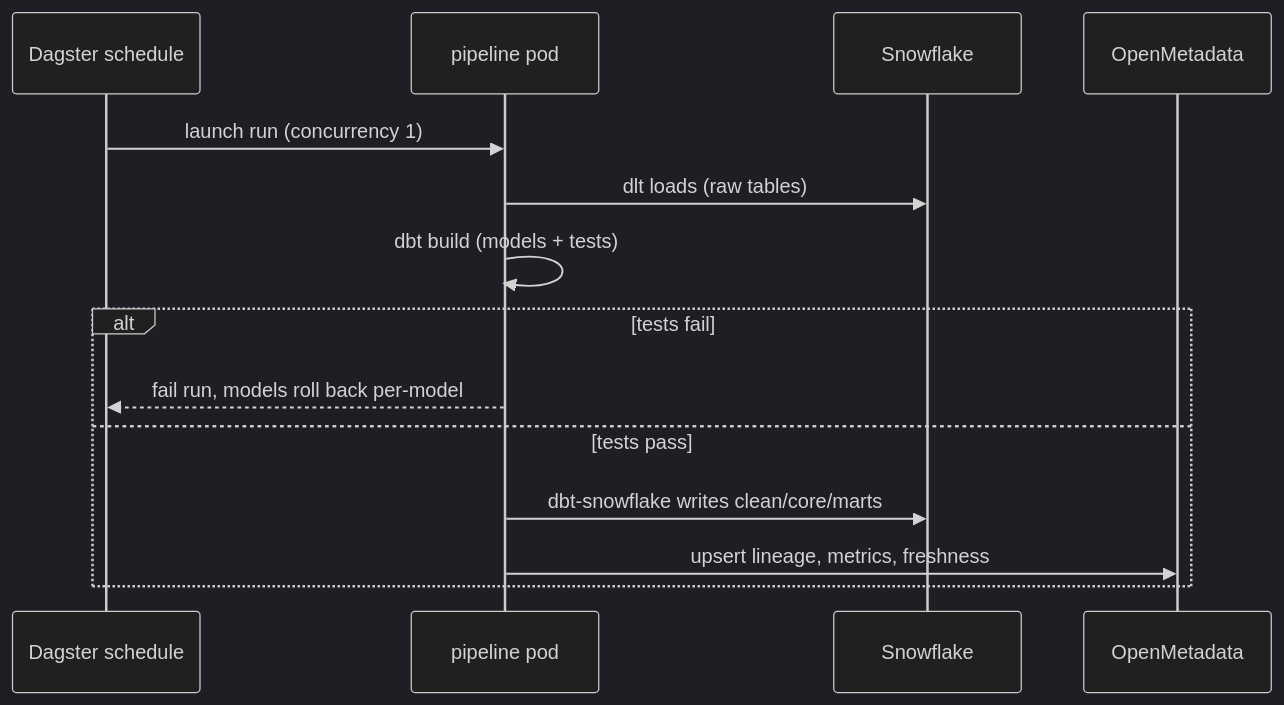
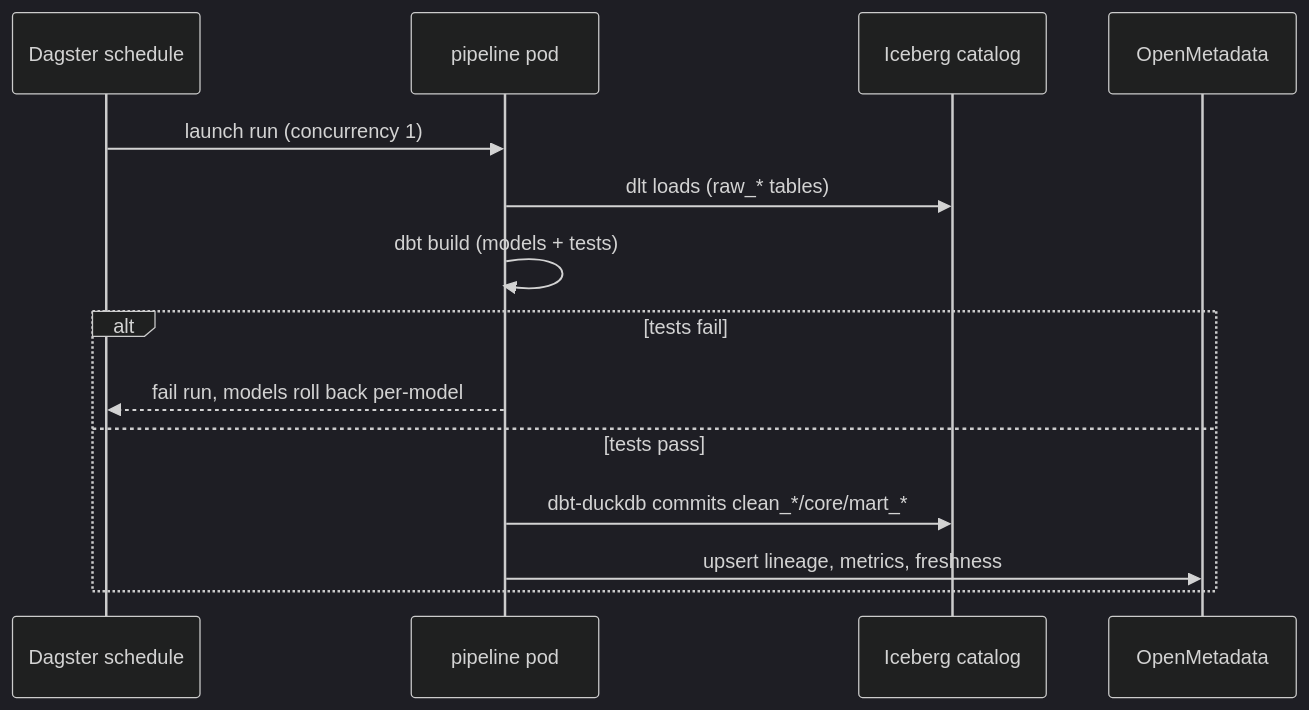
The second of 3 diagrams in docs/ARCHITECTURE.md (kgmcquate/open-health-data-platform), drawn with Mermaid (dark theme) before and after one commit. The commit also changed other lines of this file and 111 other files, not shown here.

````diff
--- a/docs/ARCHITECTURE.md
+++ b/docs/ARCHITECTURE.md
@@ -115,17 +121,17 @@
 ```mermaid
 sequenceDiagram
     participant Sched as Dagster schedule
     participant Build as pipeline pod
-    participant Snow as Snowflake
+    participant Lake as Iceberg catalog
     participant OM as OpenMetadata
 
     Sched->>Build: launch run (concurrency 1)
-    Build->>Snow: dlt loads (raw tables)
+    Build->>Lake: dlt loads (raw_* tables)
     Build->>Build: dbt build (models + tests)
     alt tests fail
         Build-->>Sched: fail run, models roll back per-model
     else tests pass
-        Build->>Snow: dbt-snowflake writes clean/core/marts
+        Build->>Lake: dbt-duckdb commits clean_*/core/mart_*
         Build->>OM: upsert lineage, metrics, freshness
     end
 ```
````
